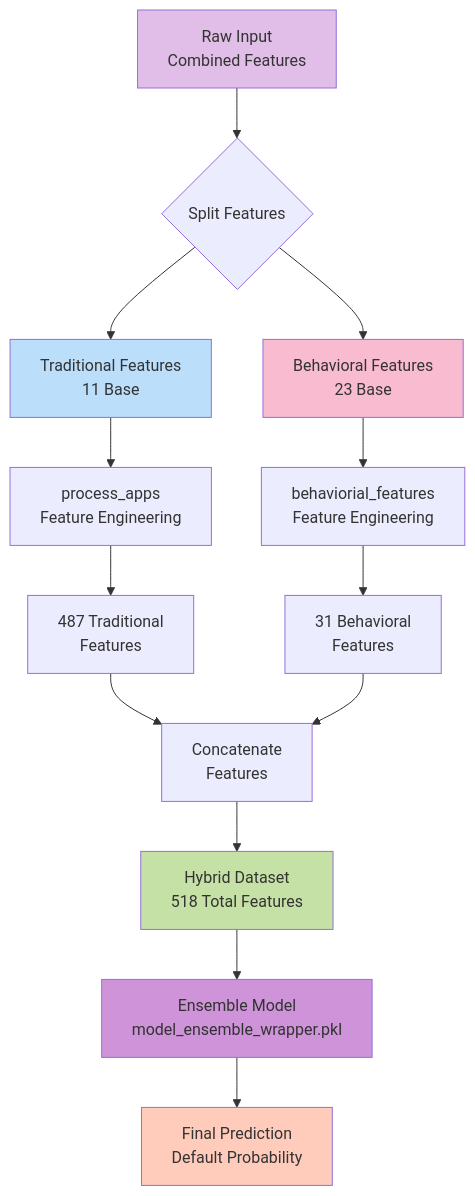
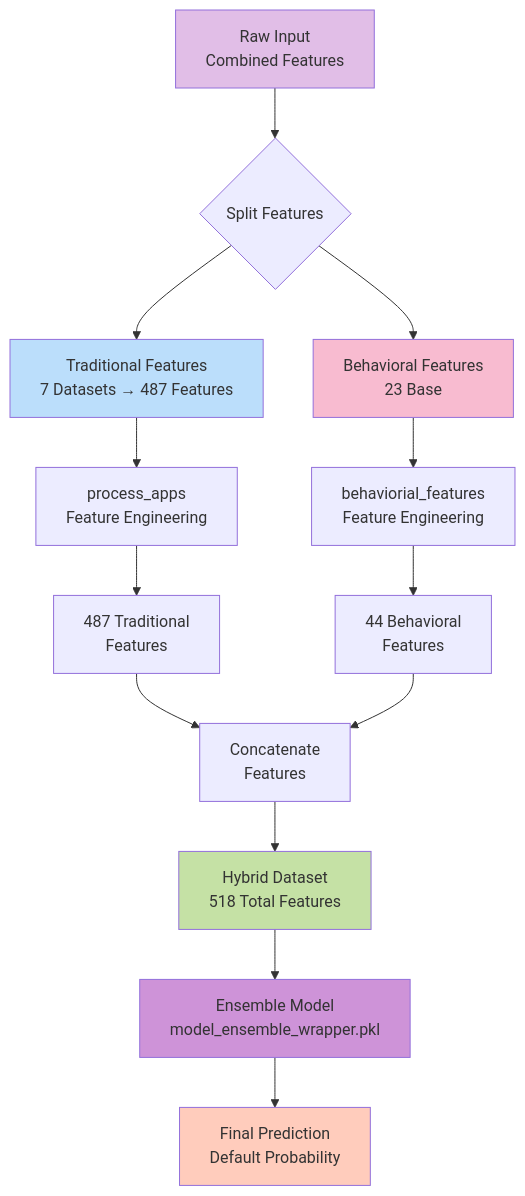
Before and after one commit to walterzenia/A-smart-Loan-default-hybrid-system: the fourth of 22 diagrams in MODEL_ARCHITECTURE_FLOWCHART.md, drawn with Mermaid. The commit also changed other lines of this file and 9 other files, not shown here.

Commit message:
Fix documentation: Correct Traditional model (487 features from 7 datasets) and Behavioral model (44 features: 23 base + 21 engineered) feature counts across all documentation files

````diff
--- a/MODEL_ARCHITECTURE_FLOWCHART.md
+++ b/MODEL_ARCHITECTURE_FLOWCHART.md
@@ -123,27 +123,27 @@
 ```mermaid
 graph TB
     Start[Raw Input<br/>Combined Features] --> Split{Split Features}
 
-    Split --> TradPath[Traditional Features<br/>11 Base]
+    Split --> TradPath[Traditional Features<br/>7 Datasets → 487 Features]
     Split --> BehavPath[Behavioral Features<br/>23 Base]
 
     TradPath --> TradEng[process_apps<br/>Feature Engineering]
     BehavPath --> BehavEng[behaviorial_features<br/>Feature Engineering]
 
     TradEng --> TradOut[487 Traditional<br/>Features]
-    BehavEng --> BehavOut[31 Behavioral<br/>Features]
+    BehavEng --> BehavOut[44 Behavioral<br/>Features]
 
     TradOut --> Combine[Concatenate<br/>Features]
     BehavOut --> Combine
 
     Combine --> Hybrid[Hybrid Dataset<br/>518 Total Features]
     Hybrid --> Ensemble[Ensemble Model<br/>model_ensemble_wrapper.pkl]
     Ensemble --> Result[Final Prediction<br/>Default Probability]
 
     style Start fill:#e1bee7
     style TradPath fill:#bbdefb
     style BehavPath fill:#f8bbd0
     style Hybrid fill:#c5e1a5
     style Ensemble fill:#ce93d8
     style Result fill:#ffccbc
 ```
````
